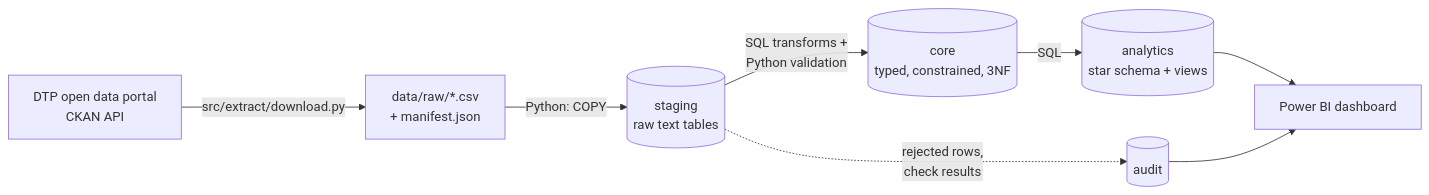
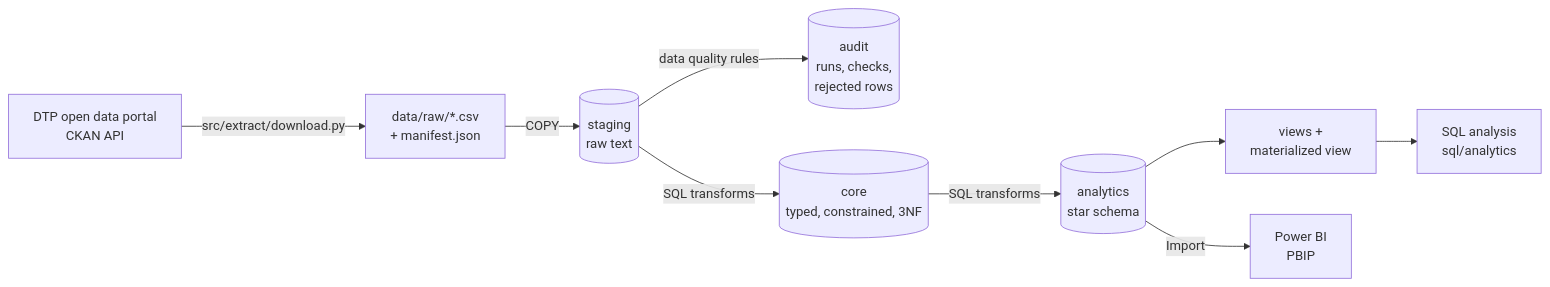
One commit to miating/victoria-road-safety-analytics changed the diagram in docs/architecture.md. Above: the diagram before and after it, drawn with Mermaid. The commit also changed other lines of this file and 10 other files, not shown here.

Commit message:
docs: write project README, data dictionary and architecture overview

````diff
--- a/docs/architecture.md
+++ b/docs/architecture.md
@@ -3,10 +3,11 @@
 ```mermaid
 flowchart LR
     A[DTP open data portal<br/>CKAN API] -->|src/extract/download.py| B[data/raw/*.csv<br/>+ manifest.json]
-    B -->|Python: COPY| C[(staging<br/>raw text tables)]
-    C -->|SQL transforms +<br/>Python validation| D[(core<br/>typed, constrained, 3NF)]
-    C -.->|rejected rows,<br/>check results| G[(audit)]
-    D -->|SQL| E[(analytics<br/>star schema + views)]
-    E --> F[Power BI dashboard]
-    G --> F
+    B -->|COPY| C[(staging<br/>raw text)]
+    C -->|data quality rules| G[(audit<br/>runs, checks,<br/>rejected rows)]
+    C -->|SQL transforms| D[(core<br/>typed, constrained, 3NF)]
+    D -->|SQL transforms| E[(analytics<br/>star schema)]
+    E --> V[views +<br/>materialized view]
+    E -->|Import| F[Power BI<br/>PBIP]
+    V --> S[SQL analysis<br/>sql/analytics]
 ```
````
